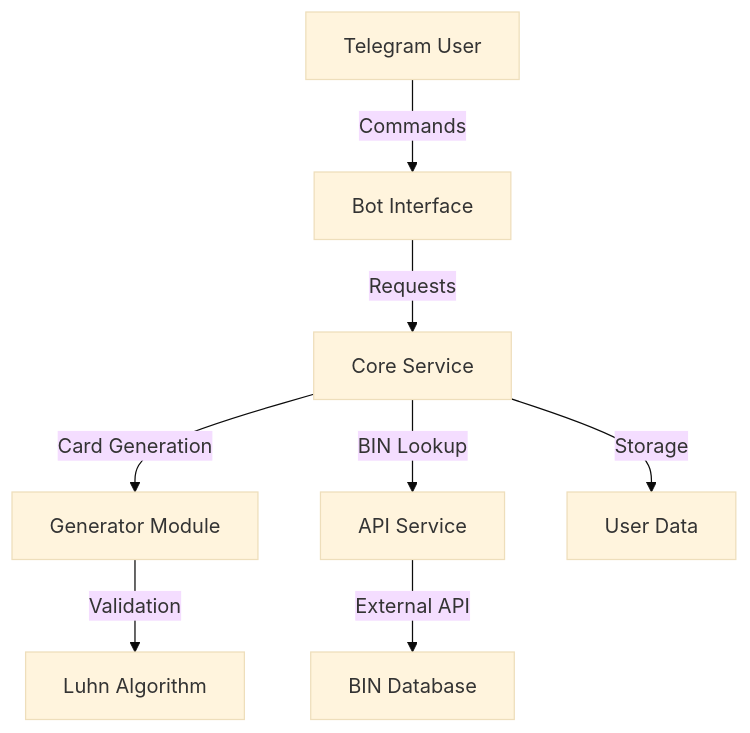
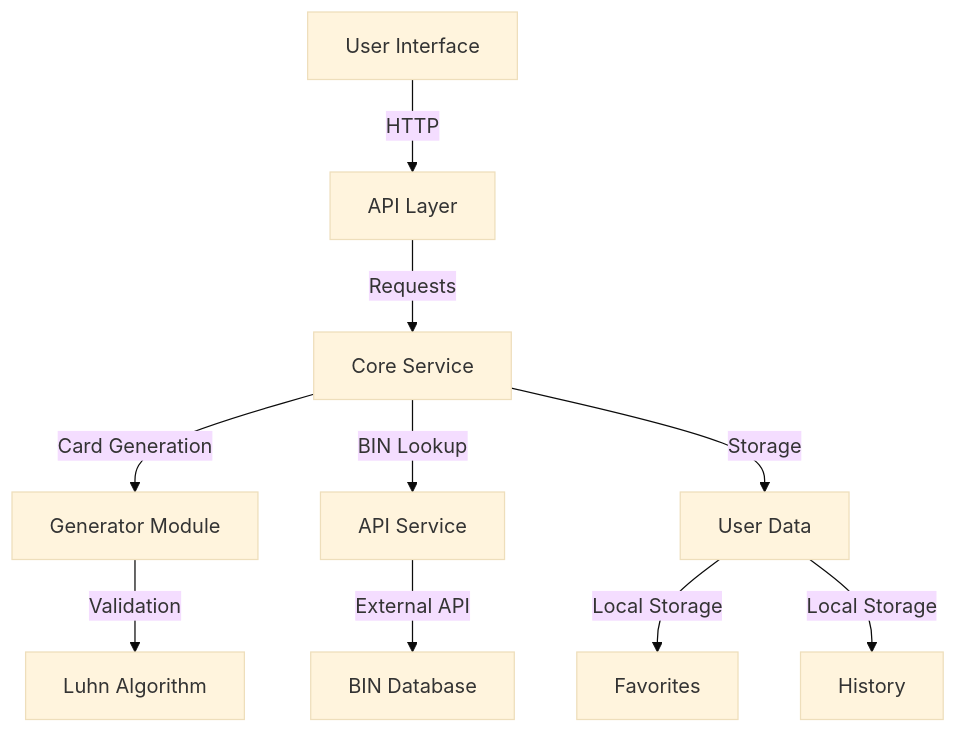
One commit to mat1520/Credit-Card-Gen-Luhn changed the first of 2 diagrams in README.md. Above: the diagram before and after it, drawn with Mermaid (base theme). The commit also changed other lines of this file, not shown here.

Commit message:
docs: update README with professional documentation and diagrams

````diff
--- a/README.md
+++ b/README.md
@@ -56,10 +29,12 @@
 ```mermaid
 graph TD
-    A[Telegram User] -->|Commands| B[Bot Interface]
+    A[User Interface] -->|HTTP| B[API Layer]
     B -->|Requests| C[Core Service]
     C -->|Card Generation| D[Generator Module]
     C -->|BIN Lookup| E[API Service]
     D -->|Validation| F[Luhn Algorithm]
     E -->|External API| G[BIN Database]
     C -->|Storage| H[User Data]
+    H -->|Local Storage| I[Favorites]
+    H -->|Local Storage| J[History]
 ```
````
